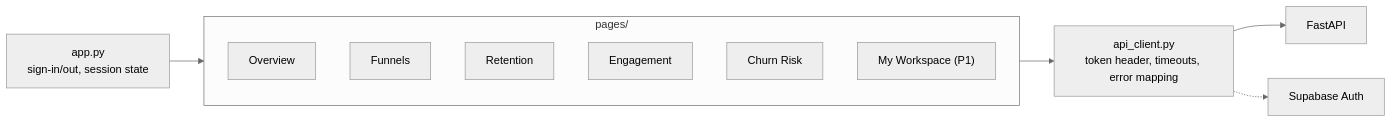
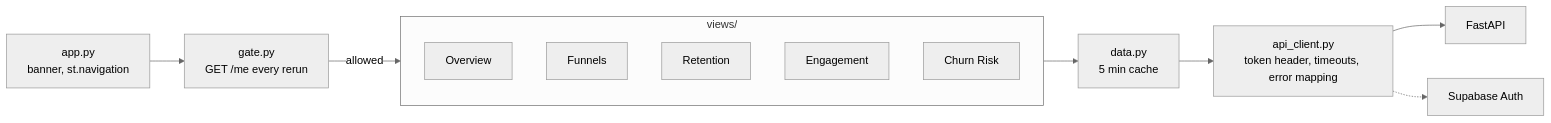
One commit to yashdiwan12/Churnscope changed the seventh of 7 diagrams in docs/03-system-design.md. Above: the diagram before and after it, drawn with Mermaid (neutral theme). The commit also changed other lines of this file and 4 other files, not shown here.

Commit message:
docs: Phase 6 dashboard flows, display rules, API table, Phase 6b milestone

````diff
--- a/docs/03-system-design.md
+++ b/docs/03-system-design.md
@@ -189,15 +197,16 @@
 ```mermaid
 flowchart LR
-    app["app.py<br/>sign-in/out, session state"] --> pages
-    subgraph pages["pages/"]
+    app["app.py<br/>banner, st.navigation"] --> gate["gate.py<br/>GET /me every rerun"]
+    gate -->|allowed| pages
+    subgraph pages["views/"]
         ov["Overview"]
         fu["Funnels"]
         re["Retention"]
         en["Engagement"]
         ch["Churn Risk"]
-        ws["My Workspace (P1)"]
     end
-    pages --> cl["api_client.py<br/>token header, timeouts, error mapping"]
+    pages --> da["data.py<br/>5 min cache"]
+    da --> cl["api_client.py<br/>token header, timeouts, error mapping"]
     cl --> api["FastAPI"]
     cl -.-> auth["Supabase Auth"]
 ```
````
